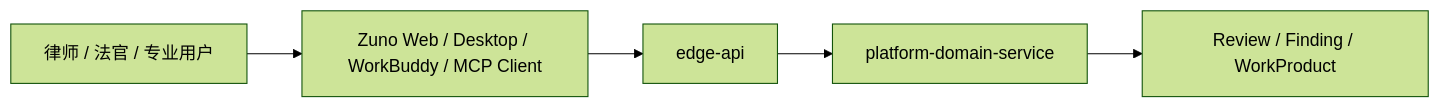
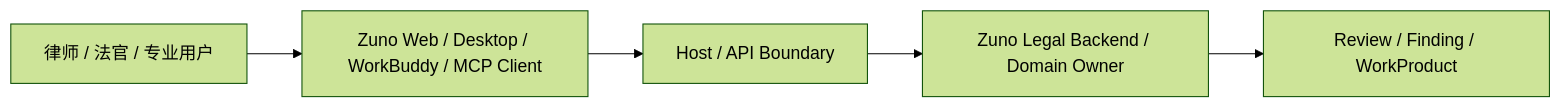
The first of 14 diagrams in docs/architecture/architecture-views.md (ProfessorZhi/Zuno), drawn with Mermaid (forest theme) before and after one commit. The commit also changed other lines of this file and 14 other files, not shown here.

Commit message:
docs: revise overall architecture after round 01

````diff
--- a/docs/architecture/architecture-views.md
+++ b/docs/architecture/architecture-views.md
@@ -29,7 +29,7 @@
 ```mermaid
 flowchart LR
   USER[律师 / 法官 / 专业用户] --> SURFACE[Zuno Web / Desktop / WorkBuddy / MCP Client]
-  SURFACE --> EDGE[edge-api]
-  EDGE --> DOMAIN[platform-domain-service]
+  SURFACE --> EDGE[Host / API Boundary]
+  EDGE --> DOMAIN[Zuno Legal Backend / Domain Owner]
   DOMAIN --> WORK[Review / Finding / WorkProduct]
 ```
````
